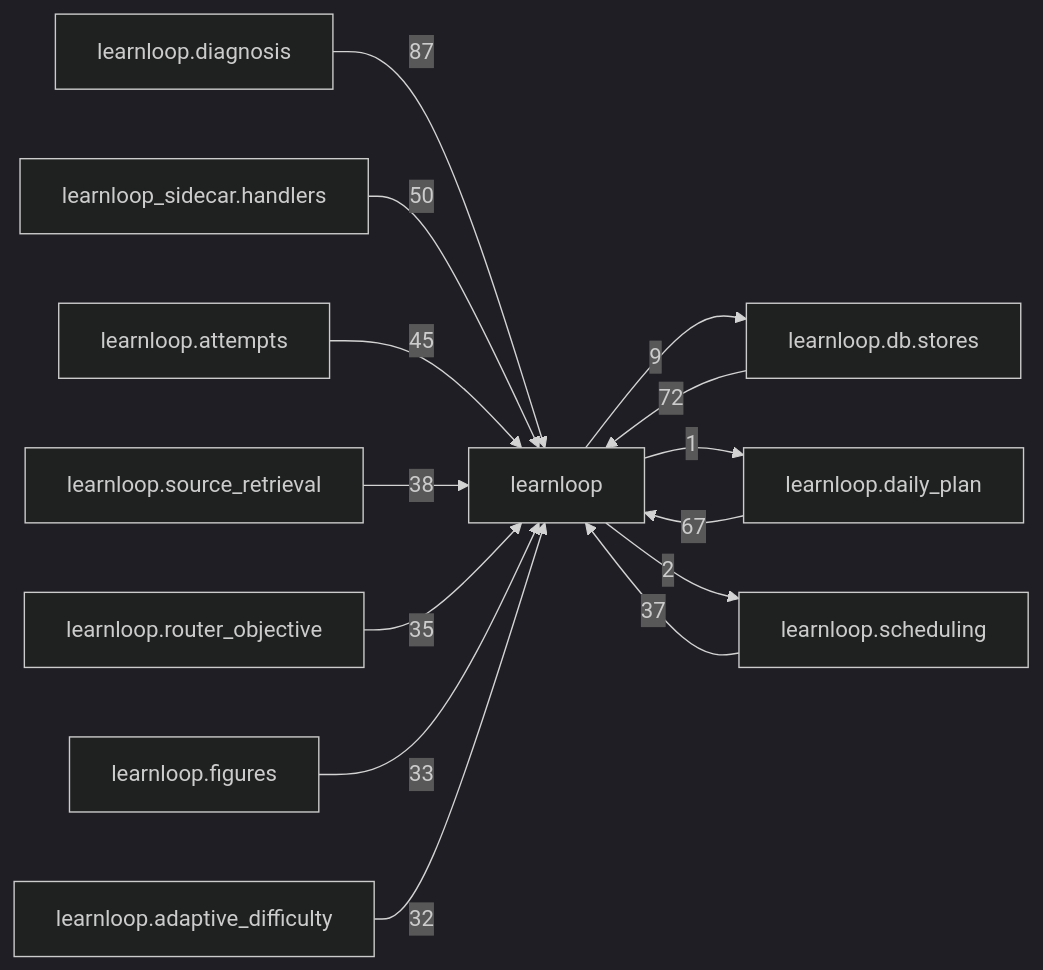
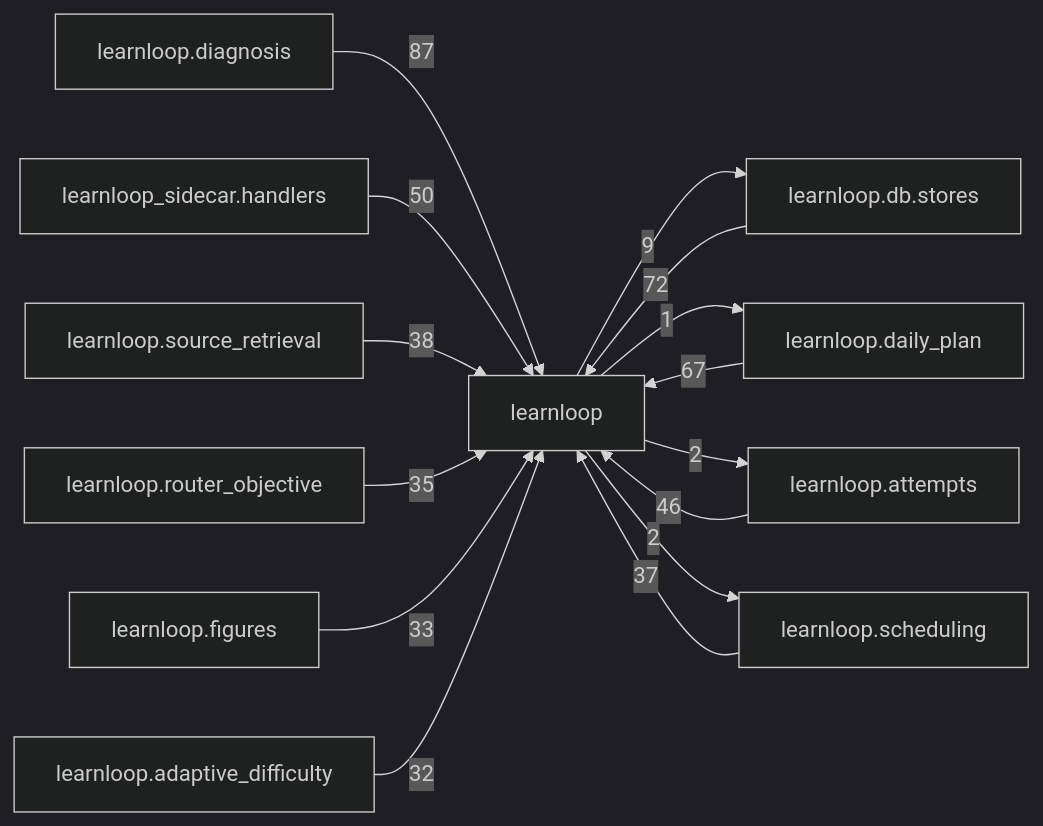
One commit to 6up-b/learnanything changed the diagram in docs/learnloop-architecture-vault/Reference/Modules/learnloop/_package.md. Above: the diagram before and after it, drawn with Mermaid (dark theme). The commit also changed other lines of this file and 95 other files, not shown here.

````diff
--- a/docs/learnloop-architecture-vault/Reference/Modules/learnloop/_package.md
+++ b/docs/learnloop-architecture-vault/Reference/Modules/learnloop/_package.md
@@ -262,27 +263,28 @@
 ```mermaid
 flowchart LR
     center["learnloop"]
     n_learnloop_diagnosis["learnloop.diagnosis"]
     n_learnloop_db_stores["learnloop.db.stores"]
     n_learnloop_daily_plan["learnloop.daily_plan"]
     n_learnloop_sidecar_handlers["learnloop_sidecar.handlers"]
     n_learnloop_attempts["learnloop.attempts"]
     n_learnloop_scheduling["learnloop.scheduling"]
     n_learnloop_source_retrieval["learnloop.source_retrieval"]
     n_learnloop_router_objective["learnloop.router_objective"]
     n_learnloop_figures["learnloop.figures"]
     n_learnloop_adaptive_difficulty["learnloop.adaptive_difficulty"]
     n_learnloop_diagnosis -->|87| center
     n_learnloop_db_stores -->|72| center
     center -->|9| n_learnloop_db_stores
     n_learnloop_daily_plan -->|67| center
     center -->|1| n_learnloop_daily_plan
     n_learnloop_sidecar_handlers -->|50| center
-    n_learnloop_attempts -->|45| center
+    n_learnloop_attempts -->|46| center
+    center -->|2| n_learnloop_attempts
     n_learnloop_scheduling -->|37| center
     center -->|2| n_learnloop_scheduling
     n_learnloop_source_retrieval -->|38| center
     n_learnloop_router_objective -->|35| center
     n_learnloop_figures -->|33| center
     n_learnloop_adaptive_difficulty -->|32| center
 ```
````
